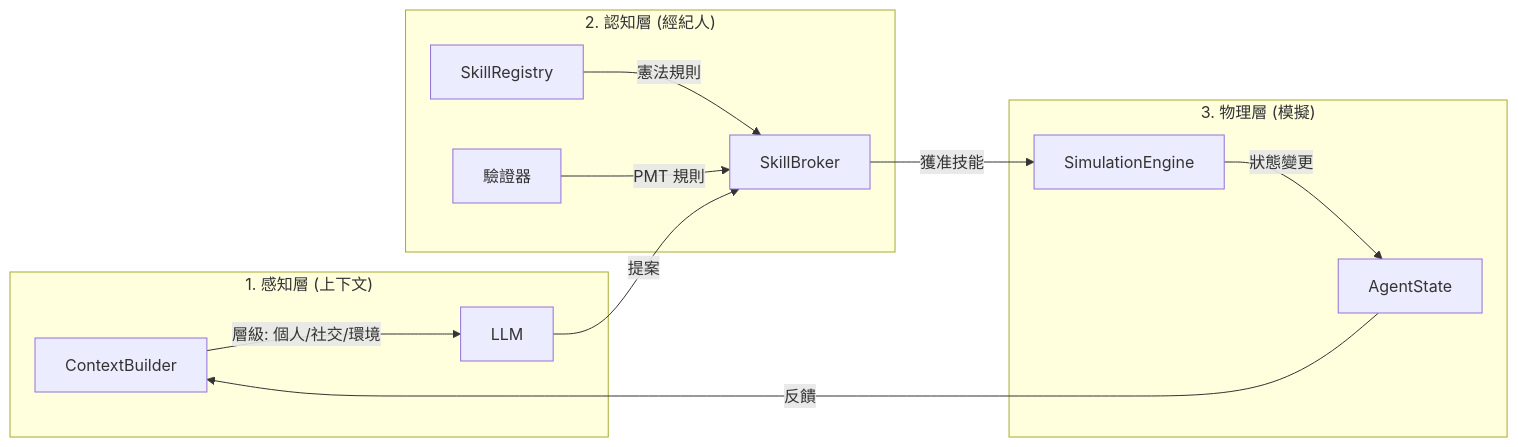
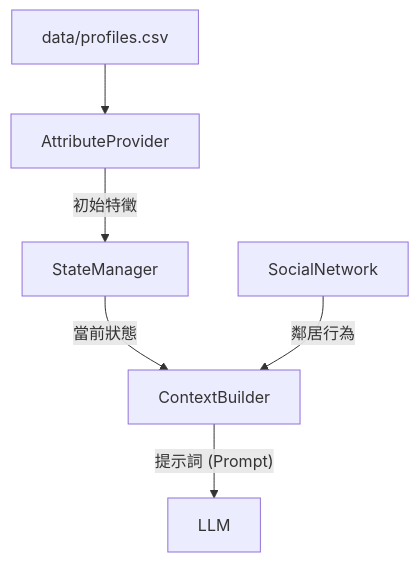
Before and after one commit to WenyuChiou/governed-broker-framework: the diagram in README_zh.md, drawn with Mermaid. The commit also changed other lines of this file and 27 other files, not shown here.

Commit message:
Update READMEs with generated architecture diagrams (v3)

````diff
--- a/README_zh.md
+++ b/README_zh.md
@@ -53,19 +164,8 @@
 ```mermaid
-graph LR
-    subgraph Perception ["1. 感知層 (上下文)"]
-        CB["ContextBuilder"] --"層級: 個人/社交/環境"--> LLM
-    end
-    
-    subgraph Governance ["2. 認知層 (經紀人)"]
-        LLM --"提案"--> SB["SkillBroker"]
-        SR["SkillRegistry"] --"憲法規則"--> SB
-        VAL["驗證器"] --"PMT 規則"--> SB
-    end
-    
-    subgraph Execution ["3. 物理層 (模擬)"]
-        SB --"獲准技能"--> SIM["SimulationEngine"]
-        SIM --"狀態變更"--> STATE["AgentState"]
-    end
-    
-    STATE --"反饋"--> CB
+graph TD
+    CSV["data/profiles.csv"] --> AP["AttributeProvider"]
+    AP --"初始特徵"--> SM["StateManager"]
+    SM --"當前狀態"--> CB["ContextBuilder"]
+    SN["SocialNetwork"] --"鄰居行為"--> CB
+    CB --"提示詞 (Prompt)"--> LLM
 ```
````
